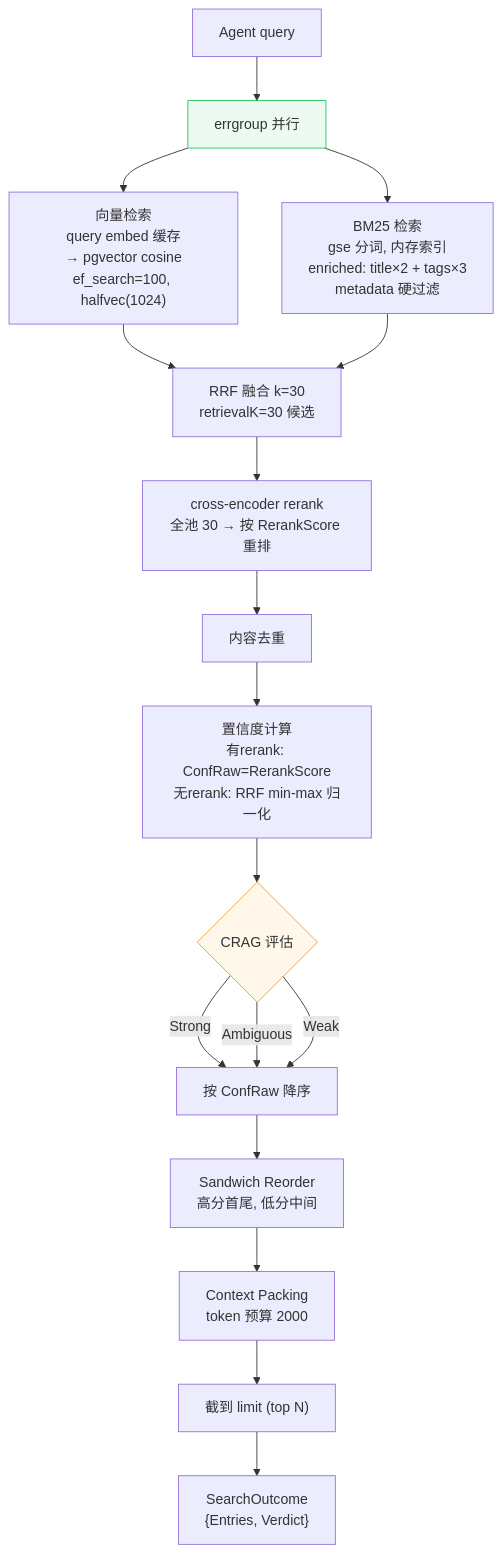
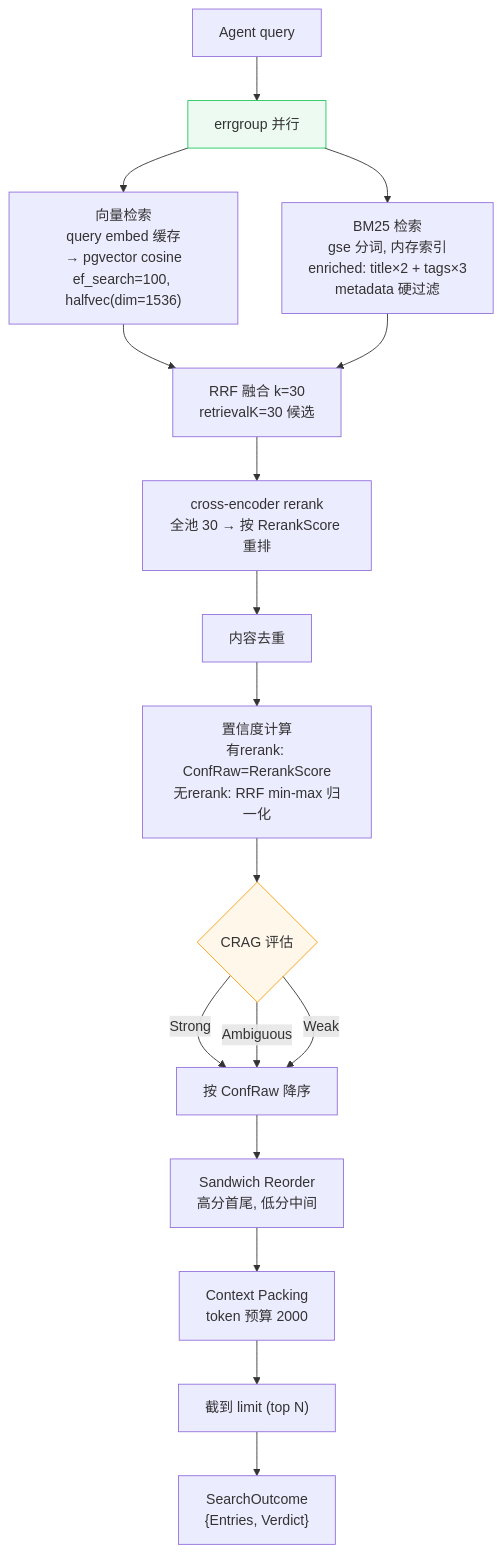
One commit to int2t05/Cognik changed the second of 4 diagrams in docs/FLOW/retrieval-crag-flow.md. Above: the diagram before and after it, drawn with Mermaid. The commit also changed 14 other files, not shown here.

````diff
--- a/docs/FLOW/retrieval-crag-flow.md
+++ b/docs/FLOW/retrieval-crag-flow.md
@@ -72,22 +72,22 @@
 ```mermaid
 flowchart TD
     Q["Agent query"] --> PAR["errgroup 并行"]
-    PAR --> VEC["向量检索<br/>query embed 缓存<br/>→ pgvector cosine<br/>ef_search=100, halfvec(1024)"]
+    PAR --> VEC["向量检索<br/>query embed 缓存<br/>→ pgvector cosine<br/>ef_search=100, halfvec(dim=1536)"]
     PAR --> BM25["BM25 检索<br/>gse 分词, 内存索引<br/>enriched: title×2 + tags×3<br/>metadata 硬过滤"]
     VEC --> RRF["RRF 融合 k=30<br/>retrievalK=30 候选"]
     BM25 --> RRF
     RRF --> RERANK["cross-encoder rerank<br/>全池 30 → 按 RerankScore 重排"]
     RERANK --> DEDUP["内容去重"]
     DEDUP --> CONF["置信度计算<br/>有rerank: ConfRaw=RerankScore<br/>无rerank: RRF min-max 归一化"]
     CONF --> CRAG{"CRAG 评估"}
     CRAG -->|"Strong"| SORT["按 ConfRaw 降序"]
     CRAG -->|"Ambiguous"| SORT
     CRAG -->|"Weak"| SORT
     SORT --> SAND["Sandwich Reorder<br/>高分首尾, 低分中间"]
     SAND --> PACK["Context Packing<br/>token 预算 2000"]
     PACK --> LIMIT["截到 limit (top N)"]
     LIMIT --> RET["SearchOutcome<br/>{Entries, Verdict}"]
 
     style PAR fill:#22c55e15,stroke:#22c55e
     style CRAG fill:#f59e0b15,stroke:#f59e0b
 ```
````
